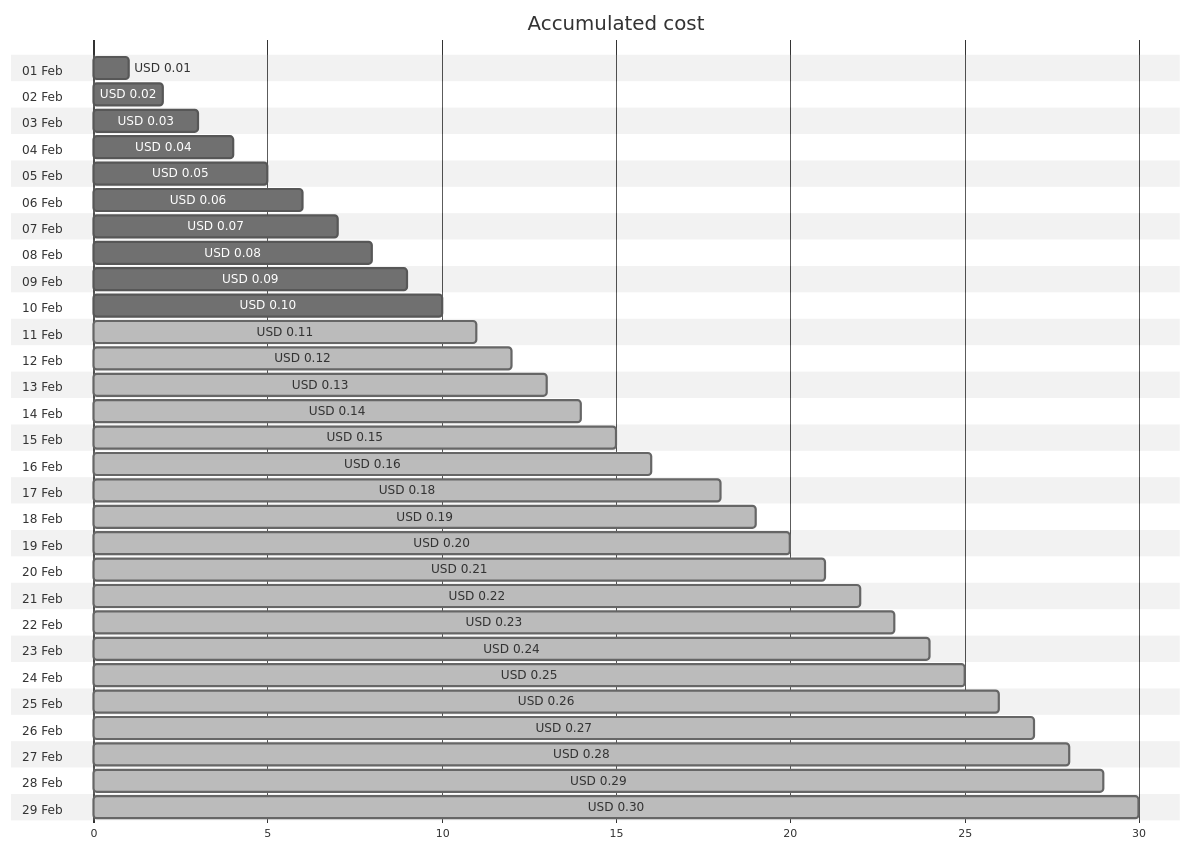
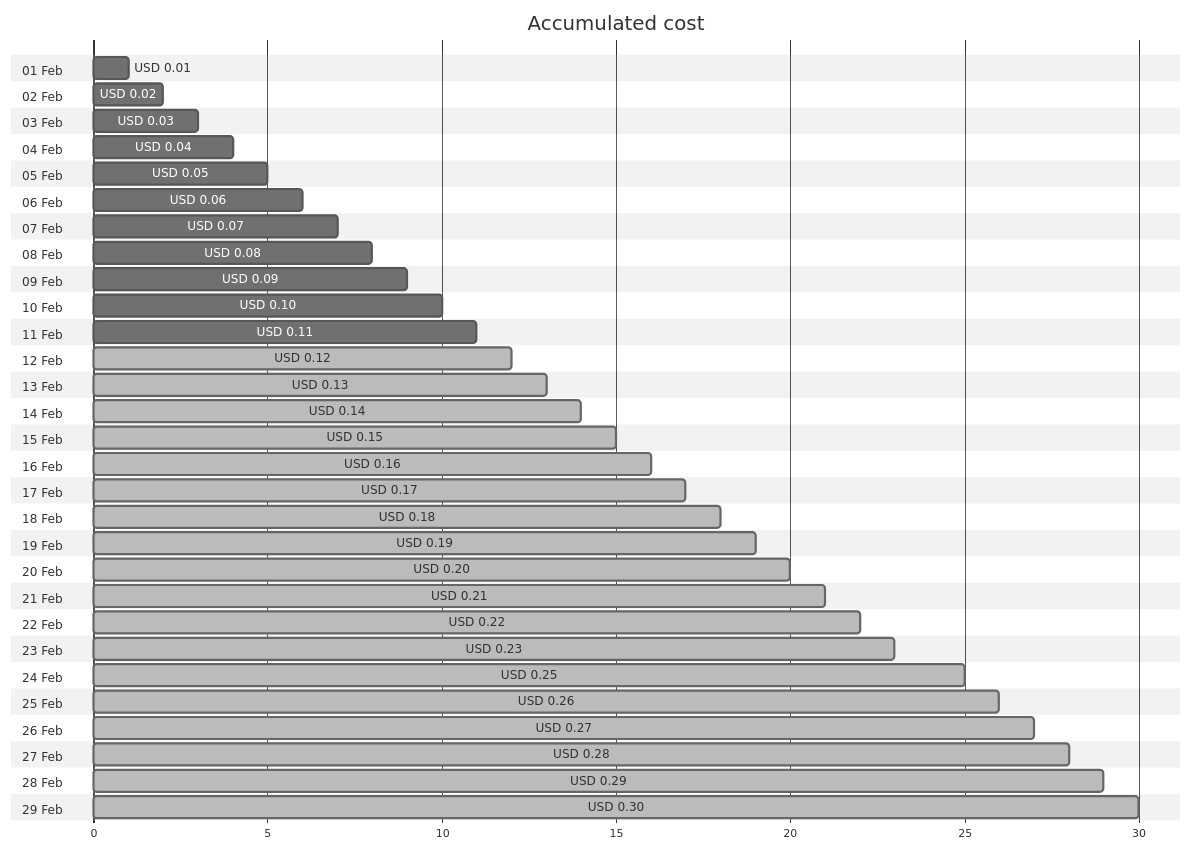
The first of 4 diagrams in cost-reports/cloud-shell-storage-eastus/README.md (jpfulton/azure-personal-reports), drawn with Mermaid (neutral theme) before and after one commit. The commit also changed other lines of this file and 1 other file, not shown here.

````diff
--- a/cost-reports/cloud-shell-storage-eastus/README.md
+++ b/cost-reports/cloud-shell-storage-eastus/README.md
@@ -20,64 +20,64 @@
 ```mermaid
 gantt
    title Accumulated cost
    dateFormat  X
    axisFormat %s
    section 01 Feb
    USD 0.01 :0, 1
    section 02 Feb
    USD 0.02 :0, 2
    section 03 Feb
    USD 0.03 :0, 3
    section 04 Feb
    USD 0.04 :0, 4
    section 05 Feb
    USD 0.05 :0, 5
    section 06 Feb
    USD 0.06 :0, 6
    section 07 Feb
    USD 0.07 :0, 7
    section 08 Feb
    USD 0.08 :0, 8
    section 09 Feb
    USD 0.09 :0, 9
    section 10 Feb
    USD 0.10 :0, 10
    section 11 Feb
-   USD 0.11 : done, 0, 11
+   USD 0.11 :0, 11
    section 12 Feb
    USD 0.12 : done, 0, 12
    section 13 Feb
    USD 0.13 : done, 0, 13
    section 14 Feb
    USD 0.14 : done, 0, 14
    section 15 Feb
    USD 0.15 : done, 0, 15
    section 16 Feb
    USD 0.16 : done, 0, 16
    section 17 Feb
+   USD 0.17 : done, 0, 17
+   section 18 Feb
    USD 0.18 : done, 0, 18
-   section 18 Feb
+   section 19 Feb
    USD 0.19 : done, 0, 19
-   section 19 Feb
+   section 20 Feb
    USD 0.20 : done, 0, 20
-   section 20 Feb
+   section 21 Feb
    USD 0.21 : done, 0, 21
-   section 21 Feb
+   section 22 Feb
    USD 0.22 : done, 0, 22
-   section 22 Feb
+   section 23 Feb
    USD 0.23 : done, 0, 23
-   section 23 Feb
-   USD 0.24 : done, 0, 24
    section 24 Feb
    USD 0.25 : done, 0, 25
    section 25 Feb
    USD 0.26 : done, 0, 26
    section 26 Feb
    USD 0.27 : done, 0, 27
    section 27 Feb
    USD 0.28 : done, 0, 28
    section 28 Feb
    USD 0.29 : done, 0, 29
    section 29 Feb
    USD 0.30 : done, 0, 30
 ```
````
